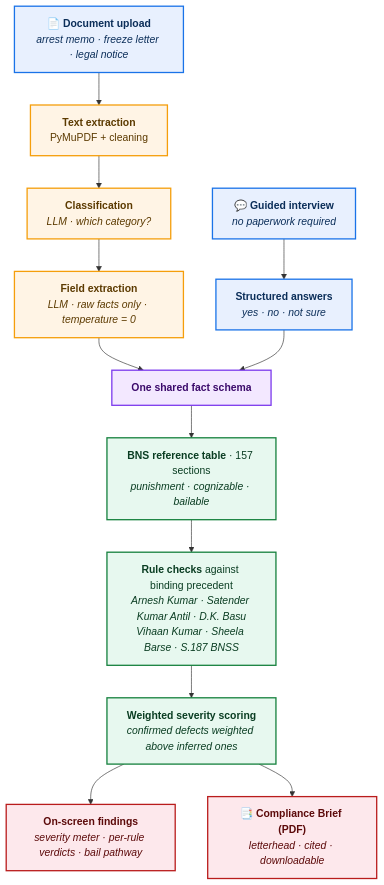
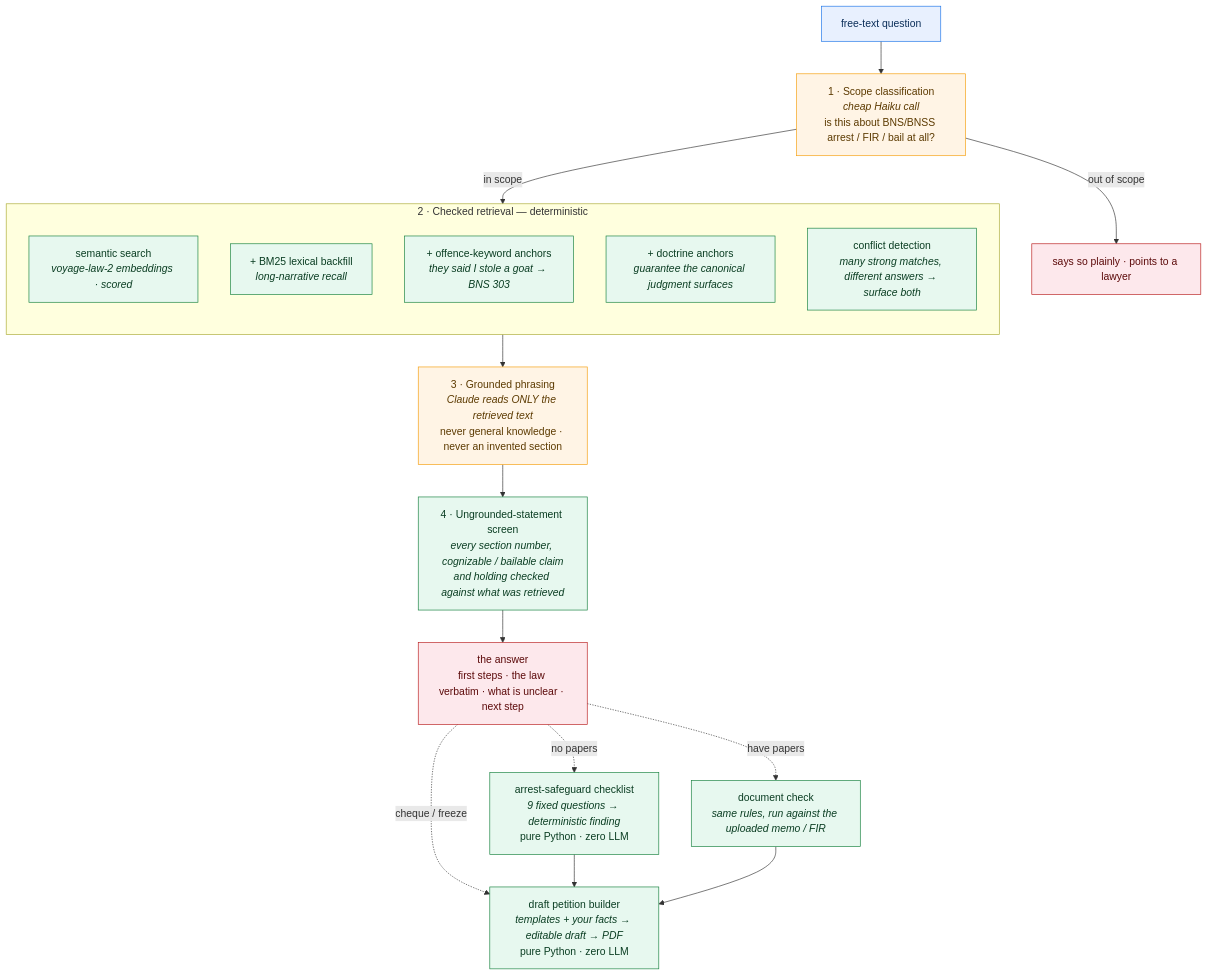
One commit to Gh12890/know-your-rights-legal-analyzer changed the second of 2 diagrams in README.md. Above: the diagram before and after it, drawn with Mermaid. The commit also changed other lines of this file, not shown here.

Commit message:
Rewrite README for Recourse: fenced-model architecture, repo map, honest limits

````diff
--- a/README.md
+++ b/README.md
@@ -80,27 +108,33 @@
 ```mermaid
 flowchart TD
-    A["📄 <b>Document upload</b><br/><i>arrest memo · freeze letter · legal notice</i>"]:::input
-    B["💬 <b>Guided interview</b><br/><i>no paperwork required</i>"]:::input
+    Q["free-text question"]:::in --> SC
 
-    A --> A1["<b>Text extraction</b><br/>PyMuPDF + cleaning"]:::llm
-    A1 --> A2["<b>Classification</b><br/><i>LLM · which category?</i>"]:::llm
-    A2 --> A3["<b>Field extraction</b><br/><i>LLM · raw facts only · temperature = 0</i>"]:::llm
+    SC["1 · Scope classification<br/><i>cheap Haiku call</i><br/>is this about BNS/BNSS arrest / FIR / bail at all?"]:::llm
+    SC -->|out of scope| OUT1["says so plainly · points to a lawyer"]:::out
+    SC -->|in scope| RET
 
-    B --> B1["<b>Structured answers</b><br/><i>yes · no · not sure</i>"]:::input
+    subgraph RET["2 · Checked retrieval — deterministic"]
+      direction TB
+      R1["semantic search<br/><i>voyage-law-2 embeddings · scored</i>"]:::det
+      R2["+ BM25 lexical backfill<br/><i>long-narrative recall</i>"]:::det
+      R3["+ offence-keyword anchors<br/><i>they said I stole a goat → BNS 303</i>"]:::det
+      R4["+ doctrine anchors<br/><i>guarantee the canonical judgment surfaces</i>"]:::det
+      R5["conflict detection<br/><i>many strong matches, different answers → surface both</i>"]:::det
+    end
 
-    A3 --> C["<b>One shared fact schema</b>"]:::bridge
-    B1 --> C
+    RET --> GEN["3 · Grounded phrasing<br/><i>Claude reads ONLY the retrieved text</i><br/>never general knowledge · never an invented section"]:::llm
+    GEN --> SCR["4 · Ungrounded-statement screen<br/><i>every section number, cognizable / bailable claim<br/>and holding checked against what was retrieved</i>"]:::det
+    SCR --> A["the answer<br/>first steps · the law verbatim · what is unclear · next step"]:::out
 
-    C --> D1["<b>BNS reference table</b> · 157 sections<br/><i>punishment · cognizable · bailable</i>"]:::engine
-    D1 --> D2["<b>Rule checks</b> against binding precedent<br/><i>Arnesh Kumar · Satender Kumar Antil · D.K. Basu<br/>Vihaan Kumar · Sheela Barse · S.187 BNSS</i>"]:::engine
-    D2 --> D3["<b>Weighted severity scoring</b><br/><i>confirmed defects weighted above inferred ones</i>"]:::engine
+    A -.->|no papers| CL["arrest-safeguard checklist<br/><i>9 fixed questions → deterministic finding</i><br/>pure Python · zero LLM"]:::det
+    A -.->|have papers| DC["document check<br/><i>same rules, run against the uploaded memo / FIR</i>"]:::det
+    A -.->|cheque / freeze| PET
+    CL --> PET
+    DC --> PET
+    PET["draft petition builder<br/><i>templates + your facts → editable draft → PDF</i><br/>pure Python · zero LLM"]:::det
 
-    D3 --> O1["<b>On-screen findings</b><br/><i>severity meter · per-rule verdicts · bail pathway</i>"]:::output
-    D3 --> O2["📑 <b>Compliance Brief (PDF)</b><br/><i>letterhead · cited · downloadable</i>"]:::output
-
-    classDef input fill:#E8F0FE,stroke:#1A73E8,stroke-width:2px,color:#0B2E59
-    classDef llm fill:#FFF4E5,stroke:#F59E0B,stroke-width:2px,color:#5C3A00
-    classDef bridge fill:#F3E8FF,stroke:#7C3AED,stroke-width:2px,color:#3B0A6B
-    classDef engine fill:#E7F8EF,stroke:#15803D,stroke-width:2px,color:#0A3D22
-    classDef output fill:#FDE8EC,stroke:#B91C1C,stroke-width:2px,color:#5C0A0A
+    classDef in fill:#e8f0fe,stroke:#1a73e8,color:#0b2e59
+    classDef llm fill:#fff4e5,stroke:#f59e0b,color:#5c3a00
+    classDef det fill:#e7f8ef,stroke:#15803d,color:#0a3d22
+    classDef out fill:#fde8ec,stroke:#b91c1c,color:#5c0a0a
 ```
````
